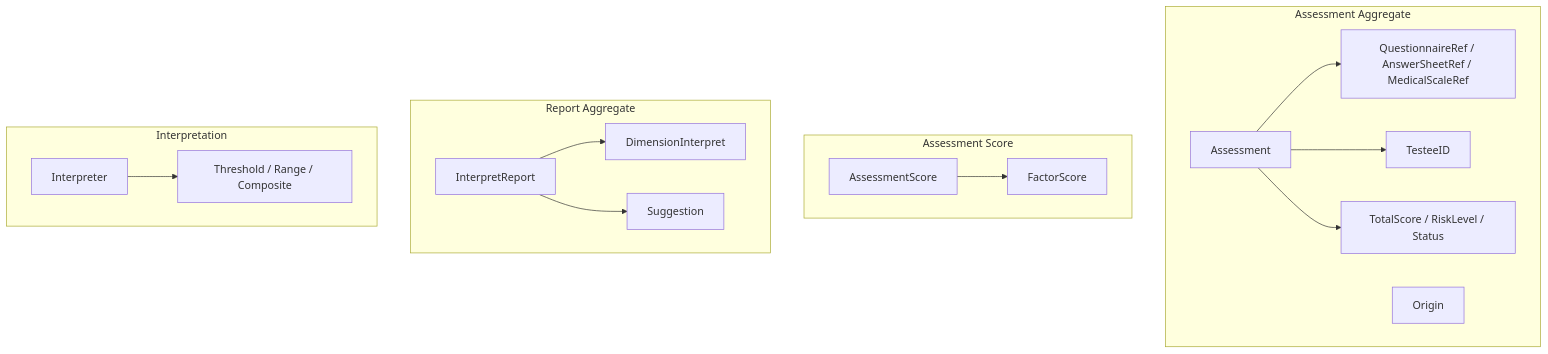
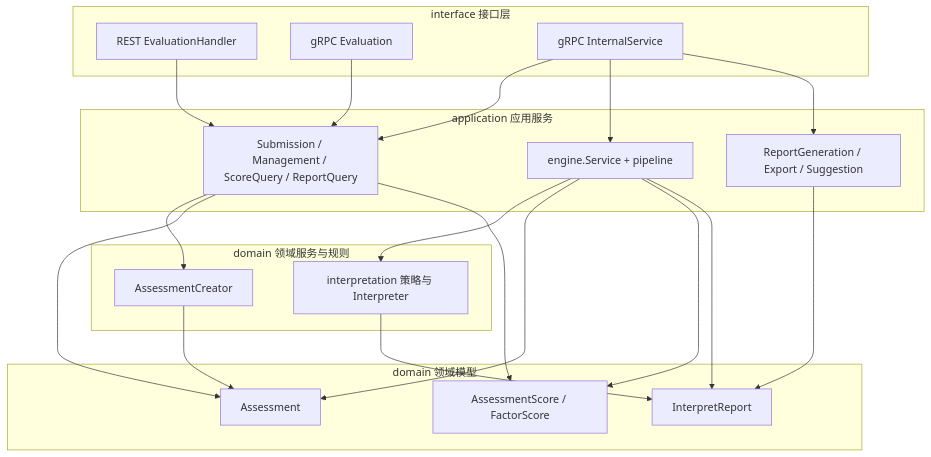
One commit to FangcunMount/qs-server changed the third of 4 diagrams in docs/02-业务模块/03-evaluation.md. Above: the diagram before and after it, drawn with Mermaid. The commit also changed other lines of this file and 34 other files, not shown here.

````diff
--- a/docs/02-业务模块/03-evaluation.md
+++ b/docs/02-业务模块/03-evaluation.md
@@ -84,34 +167,45 @@
 ```mermaid
-flowchart TD
-    subgraph assessment[Assessment Aggregate]
-        a[Assessment]
-        origin[Origin]
-        refs[QuestionnaireRef / AnswerSheetRef / MedicalScaleRef]
-        testee[TesteeID]
-        result[TotalScore / RiskLevel / Status]
+flowchart TB
+    subgraph IF[interface 接口层]
+        REST[REST EvaluationHandler]
+        GRPC_E[gRPC Evaluation]
+        GRPC_I[gRPC InternalService]
     end
 
-    subgraph score[Assessment Score]
-        ascore[AssessmentScore]
-        fscore[FactorScore]
+    subgraph APP[application 应用服务]
+        ASVC[Submission / Management / ScoreQuery / ReportQuery]
+        ENG[engine.Service + pipeline]
+        RSVC[ReportGeneration / Export / Suggestion]
     end
 
-    subgraph report[Report Aggregate]
-        rpt[InterpretReport]
-        dim[DimensionInterpret]
-        sug[Suggestion]
+    subgraph DOMS[domain 领域服务与规则]
+        CRE[AssessmentCreator]
+        INT[interpretation 策略与 Interpreter]
     end
 
-    subgraph interpretation[Interpretation]
-        interpreter[Interpreter]
-        strategy[Threshold / Range / Composite]
+    subgraph DM[domain 领域模型]
+        AGG_A[Assessment]
+        AGG_R[InterpretReport]
+        SCR[AssessmentScore / FactorScore]
     end
 
-    a --> refs
-    a --> testee
-    a --> result
-    ascore --> fscore
-    rpt --> dim
-    rpt --> sug
-    interpreter --> strategy
+    REST --> ASVC
+    GRPC_E --> ASVC
+    GRPC_I --> ASVC
+    GRPC_I --> ENG
+    GRPC_I --> RSVC
+
+    ASVC --> CRE
+    ASVC --> AGG_A
+    ASVC --> SCR
+
+    ENG --> INT
+    ENG --> AGG_A
+    ENG --> SCR
+    ENG --> AGG_R
+
+    RSVC --> AGG_R
+
+    CRE --> AGG_A
+    INT --> AGG_R
 ```
````
